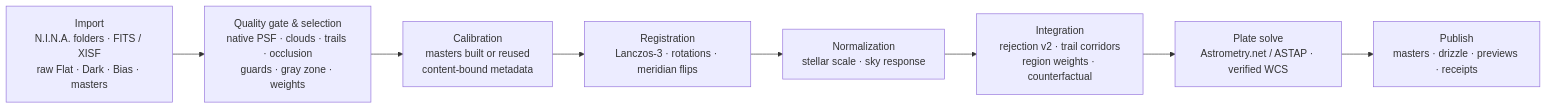
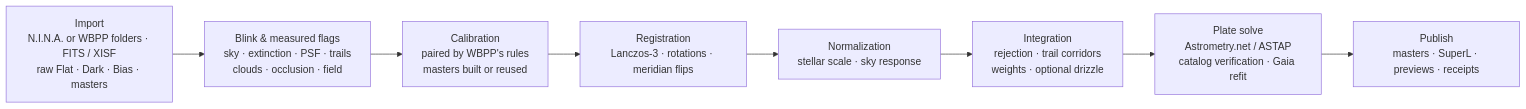
One commit to ShuoleiWang/Ultra-Fast-WBPP changed the diagram in README.md. Above: the diagram before and after it, drawn with Mermaid. The commit also changed other lines of this file and 45 other files, not shown here.

````diff
--- a/README.md
+++ b/README.md
@@ -88,10 +159,10 @@
 ```mermaid
 flowchart LR
-  A["Import<br/>N.I.N.A. folders · FITS / XISF<br/>raw Flat · Dark · Bias · masters"] --> B["Quality gate & selection<br/>native PSF · clouds · trails · occlusion<br/>guards · gray zone · weights"]
-  B --> C["Calibration<br/>masters built or reused<br/>content-bound metadata"]
+  A["Import<br/>N.I.N.A. or WBPP folders · FITS / XISF<br/>raw Flat · Dark · Bias · masters"] --> B["Blink & measured flags<br/>sky · extinction · PSF · trails<br/>clouds · occlusion · field"]
+  B --> C["Calibration<br/>paired by WBPP's rules<br/>masters built or reused"]
   C --> D["Registration<br/>Lanczos-3 · rotations · meridian flips"]
   D --> E["Normalization<br/>stellar scale · sky response"]
-  E --> F["Integration<br/>rejection v2 · trail corridors<br/>region weights · counterfactual"]
-  F --> G["Plate solve<br/>Astrometry.net / ASTAP · verified WCS"]
-  G --> H["Publish<br/>masters · drizzle · previews · receipts"]
+  E --> F["Integration<br/>rejection · trail corridors<br/>weights · optional drizzle"]
+  F --> G["Plate solve<br/>Astrometry.net / ASTAP<br/>catalog verification · Gaia refit"]
+  G --> H["Publish<br/>masters · SuperL · previews · receipts"]
 ```
````
